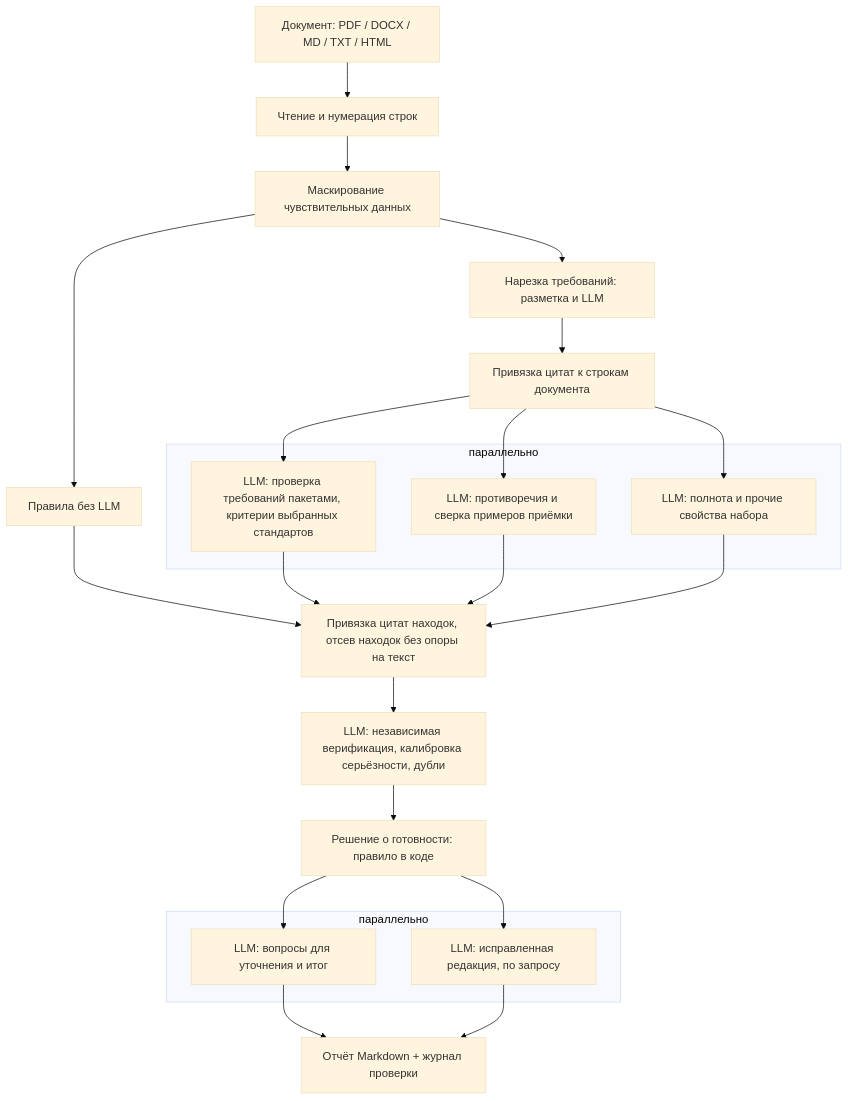
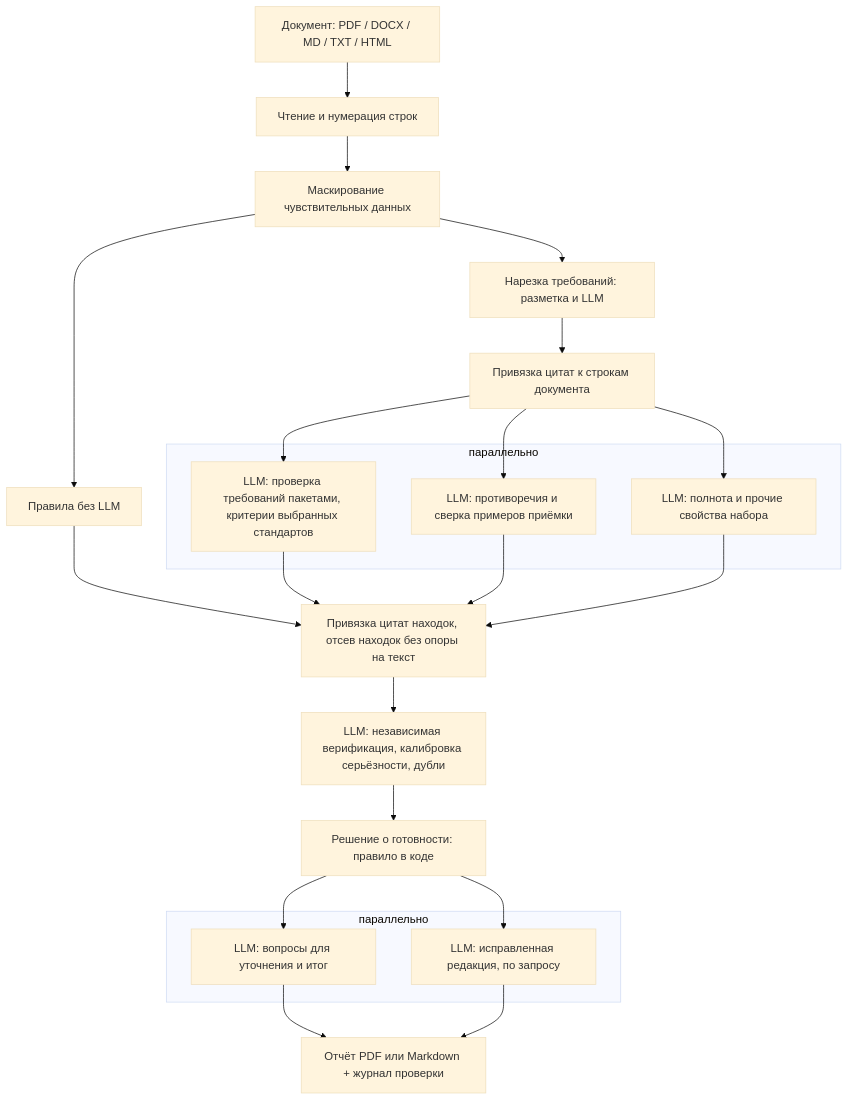
The diagram in README.md (i-oeng/bcc-ai), drawn with Mermaid (base theme) before and after one commit. The commit also changed other lines of this file and 26 other files, not shown here.

First line of the commit message:
Отчёт: короткий, один файл, PDF по умолчанию, строгая опора на документ; агент oresa

````diff
--- a/README.md
+++ b/README.md
@@ -98,23 +138,23 @@
 ```mermaid
 flowchart TD
     A[Документ: PDF / DOCX / MD / TXT / HTML] --> B[Чтение и нумерация строк]
     B --> C[Маскирование чувствительных данных]
     C --> D[Нарезка требований: разметка и LLM]
     D --> E[Привязка цитат к строкам документа]
     C --> F[Правила без LLM]
     subgraph P1[параллельно]
     G[LLM: проверка требований пакетами, критерии выбранных стандартов]
     H[LLM: противоречия и сверка примеров приёмки]
     I[LLM: полнота и прочие свойства набора]
     end
     E --> G & H & I
     F & G & H & I --> J[Привязка цитат находок, отсев находок без опоры на текст]
     J --> K[LLM: независимая верификация, калибровка серьёзности, дубли]
     K --> M[Решение о готовности: правило в коде]
     subgraph P2[параллельно]
     L[LLM: вопросы для уточнения и итог]
     X[LLM: исправленная редакция, по запросу]
     end
     M --> L & X
-    L & X --> N[Отчёт Markdown + журнал проверки]
+    L & X --> N[Отчёт PDF или Markdown + журнал проверки]
 ```
````
